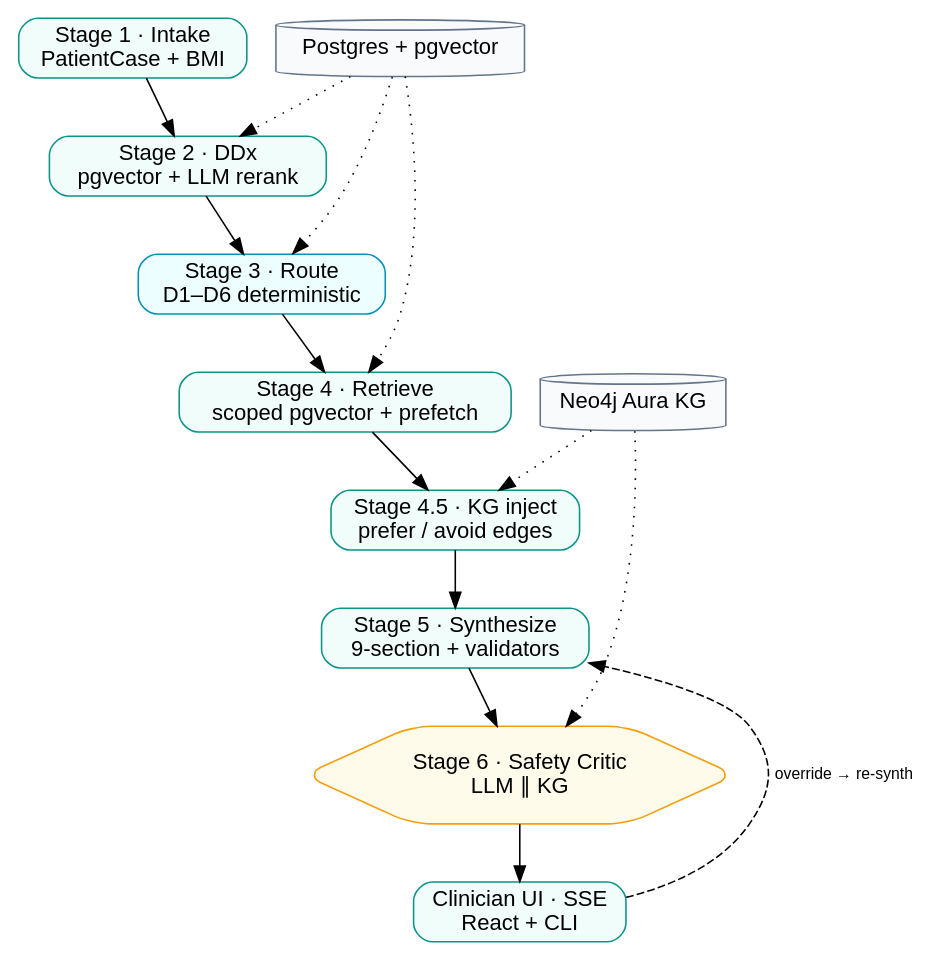
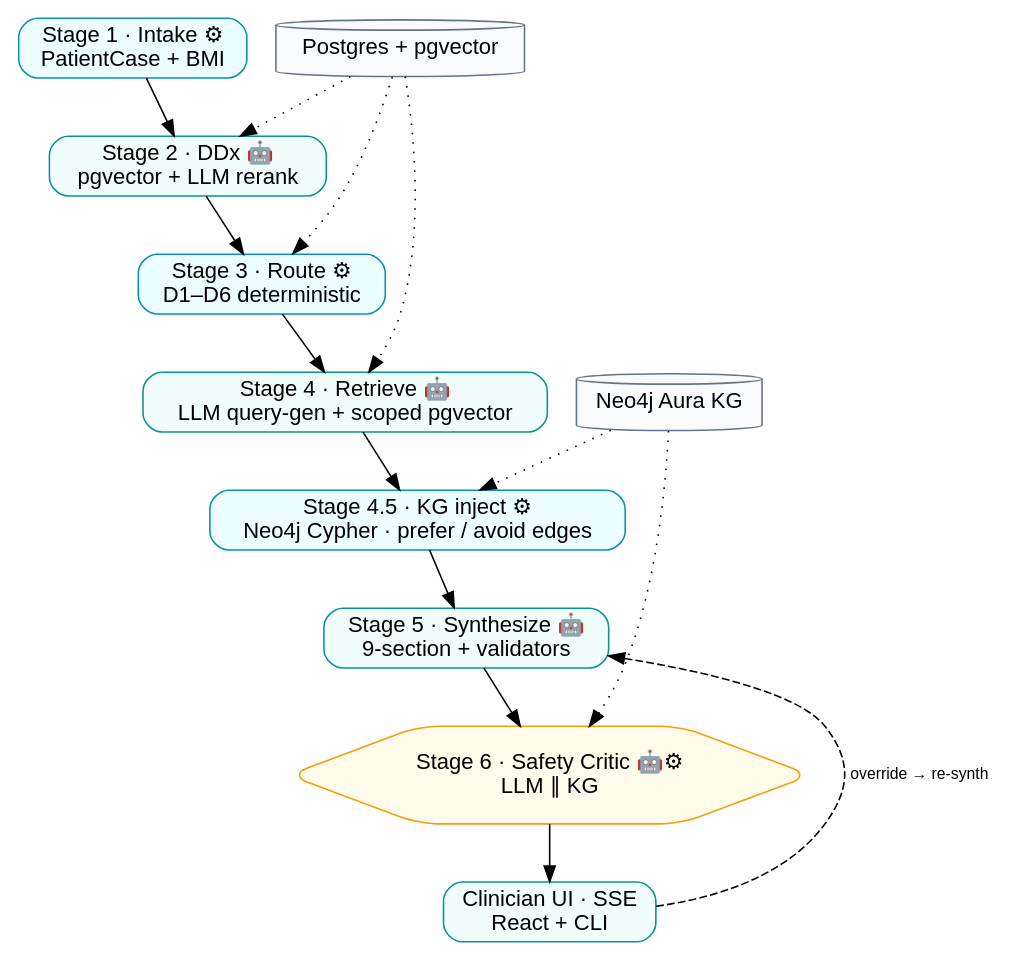
Before and after one commit to itznotpk/CPG-LLM-Agentic-RAG-Knowledge-Graph: the eighth of 8 diagrams in POSTER_LAYOUT.md, drawn with Graphviz. The commit also changed other lines of this file, not shown here.

First line of the commit message:
docs: refine POSTER_LAYOUT moats, SDGs, and architecture diagrams

````diff
--- a/POSTER_LAYOUT.md
+++ b/POSTER_LAYOUT.md
@@ -720,24 +981,25 @@
 ```dot
 digraph clearpath {
     rankdir=TB;
     node [shape=box, style="rounded,filled", fontname="Helvetica", color="#0d9488", fillcolor="#f0fdfa"];
     edge [fontname="Helvetica", fontsize=10];
 
-    s1 [label="Stage 1 · Intake\nPatientCase + BMI"];
-    s2 [label="Stage 2 · DDx\npgvector + LLM rerank"];
-    s3 [label="Stage 3 · Route\nD1–D6 deterministic", color="#0891b2", fillcolor="#ecfeff"];
-    s4 [label="Stage 4 · Retrieve\nscoped pgvector + prefetch"];
-    s45 [label="Stage 4.5 · KG inject\nprefer / avoid edges"];
-    s5 [label="Stage 5 · Synthesize\n9-section + validators"];
-    s6 [label="Stage 6 · Safety Critic\nLLM ∥ KG", color="#f59e0b", fillcolor="#fffbeb", shape=hexagon];
+    // teal fill = 🤖 LLM step; cyan fill = ⚙ deterministic; amber = safety-critic agent
+    s1 [label="Stage 1 · Intake ⚙\nPatientCase + BMI", color="#0891b2", fillcolor="#ecfeff"];
+    s2 [label="Stage 2 · DDx 🤖\npgvector + LLM rerank"];
+    s3 [label="Stage 3 · Route ⚙\nD1–D6 deterministic", color="#0891b2", fillcolor="#ecfeff"];
+    s4 [label="Stage 4 · Retrieve 🤖\nLLM query-gen + scoped pgvector"];
+    s45 [label="Stage 4.5 · KG inject ⚙\nNeo4j Cypher · prefer / avoid edges", color="#0891b2", fillcolor="#ecfeff"];
+    s5 [label="Stage 5 · Synthesize 🤖\n9-section + validators"];
+    s6 [label="Stage 6 · Safety Critic 🤖⚙\nLLM ∥ KG", color="#f59e0b", fillcolor="#fffbeb", shape=hexagon];
     ui [label="Clinician UI · SSE\nReact + CLI"];
 
     pg [label="Postgres + pgvector", shape=cylinder, color="#64748b", fillcolor="#f8fafc"];
     kg [label="Neo4j Aura KG", shape=cylinder, color="#64748b", fillcolor="#f8fafc"];
 
     s1 -> s2 -> s3 -> s4 -> s45 -> s5 -> s6 -> ui;
     ui -> s5 [label="override → re-synth", style=dashed, constraint=false];
     pg -> s2 [style=dotted]; pg -> s3 [style=dotted]; pg -> s4 [style=dotted];
     kg -> s45 [style=dotted]; kg -> s6 [style=dotted];
 }
 ```
````
